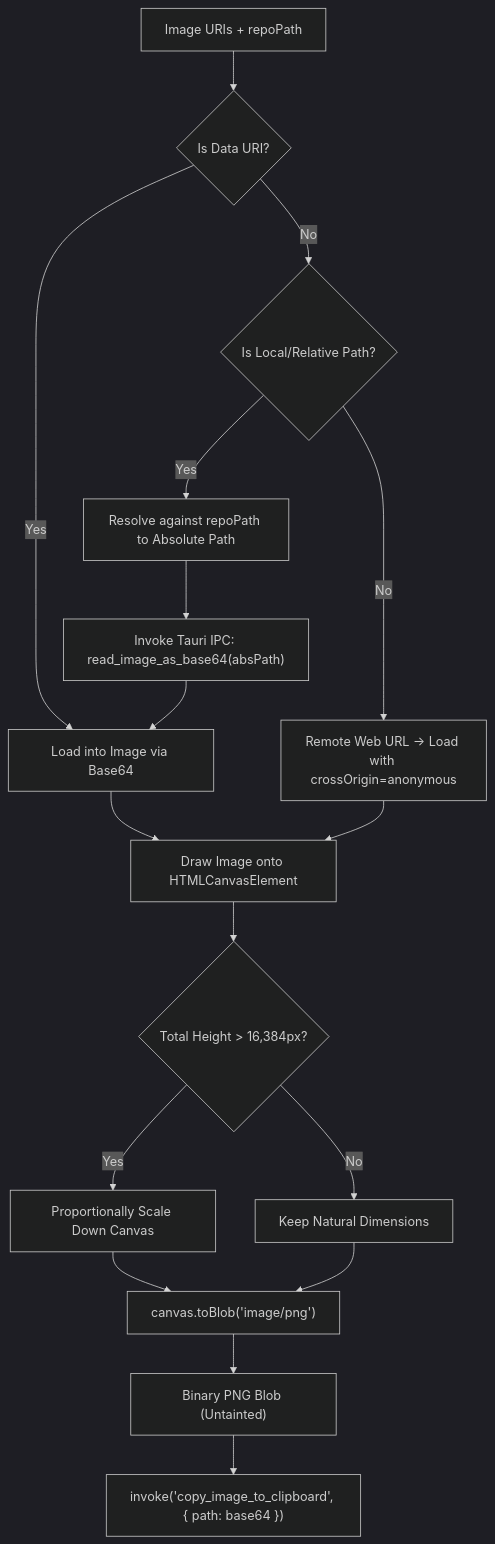
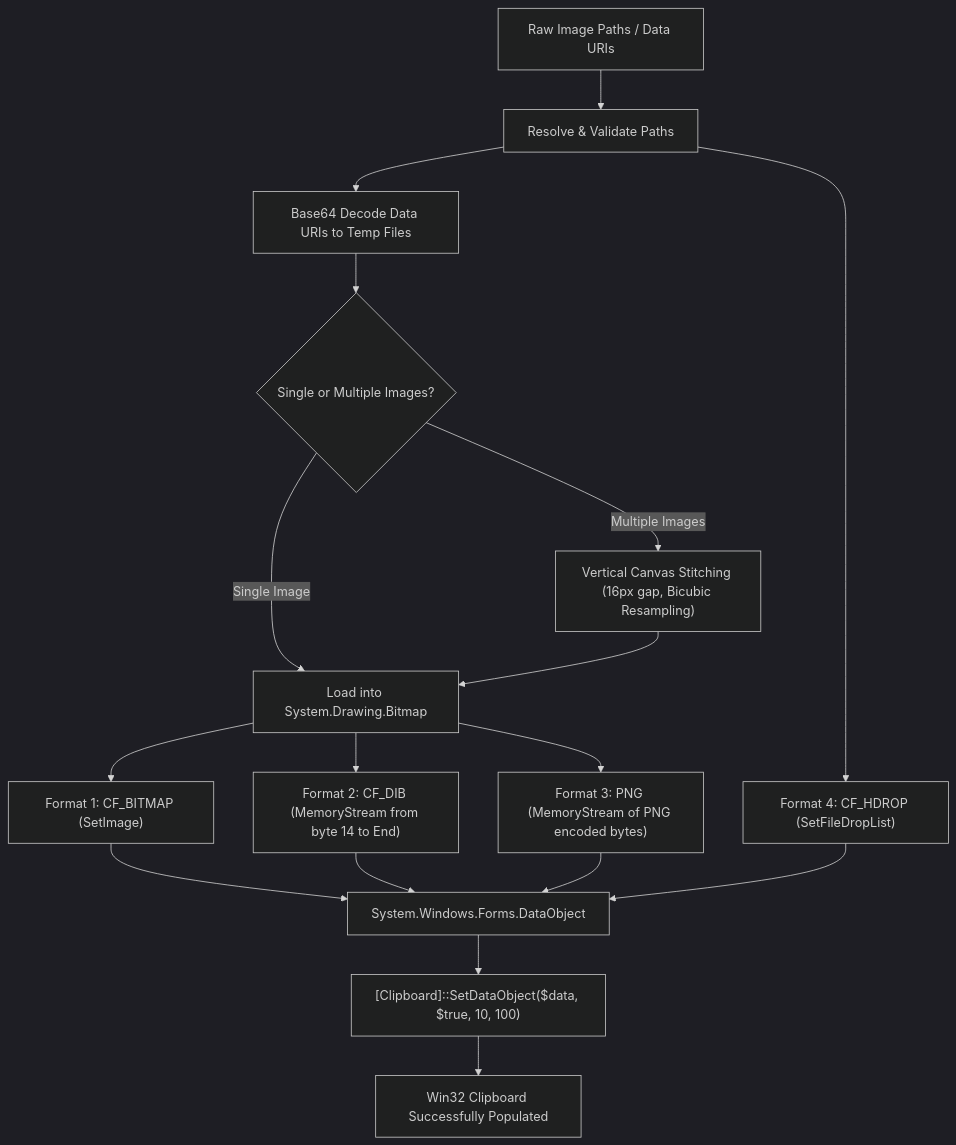
One commit to alimtvnetwork/Antigravity-Manager changed the second of 4 diagrams in 02-spec/21-app/telegram-backup-and-fleet-management-enhancements/03-migration-and-verification-spec.md. Above: the diagram before and after it, drawn with Mermaid (dark theme). The commit also changed other lines of this file and 31 other files, not shown here.

````diff
--- a/02-spec/21-app/telegram-backup-and-fleet-management-enhancements/03-migration-and-verification-spec.md
+++ b/02-spec/21-app/telegram-backup-and-fleet-management-enhancements/03-migration-and-verification-spec.md
@@ -134,19 +243,23 @@
 ```mermaid
 flowchart TD
-    A["Image URIs + repoPath"] --> B{"Is Data URI?"}
-    B -- Yes --> C["Load into Image via Base64"]
-    B -- No --> D{"Is Local/Relative Path?"}
-    D -- Yes --> E["Resolve against repoPath to Absolute Path"]
-    E --> F["Invoke Tauri IPC: read_image_as_base64(absPath)"]
-    F --> C
-    D -- No --> G["Remote Web URL -> Load with crossOrigin=anonymous"]
-    C --> H["Draw Image onto HTMLCanvasElement"]
-    G --> H
-    H --> I{"Total Height > 16,384px?"}
-    I -- Yes --> J["Proportionally Scale Down Canvas"]
-    I -- No --> K["Keep Natural Dimensions"]
-    J --> L["canvas.toBlob('image/png')"]
-    K --> L
-    L --> M["Binary PNG Blob (Untainted)"]
-    M --> N["invoke('copy_image_to_clipboard', { path: base64 })"]
+    A["Raw Image Paths / Data URIs"] --> B["Resolve & Validate Paths"]
+    B --> C["Base64 Decode Data URIs to Temp Files"]
+    C --> D{"Single or Multiple Images?"}
+    
+    D -- Single Image --> E["Load into System.Drawing.Bitmap"]
+    D -- Multiple Images --> F["Vertical Canvas Stitching (16px gap, Bicubic Resampling)"]
+    F --> E
+    
+    E --> G["Format 1: CF_BITMAP (SetImage)"]
+    E --> H["Format 2: CF_DIB (MemoryStream from byte 14 to End)"]
+    E --> I["Format 3: PNG (MemoryStream of PNG encoded bytes)"]
+    B --> J["Format 4: CF_HDROP (SetFileDropList)"]
+    
+    G --> K["System.Windows.Forms.DataObject"]
+    H --> K
+    I --> K
+    J --> K
+    
+    K --> L["[Clipboard]::SetDataObject($data, $true, 10, 100)"]
+    L --> M["Win32 Clipboard Successfully Populated"]
 ```
````
